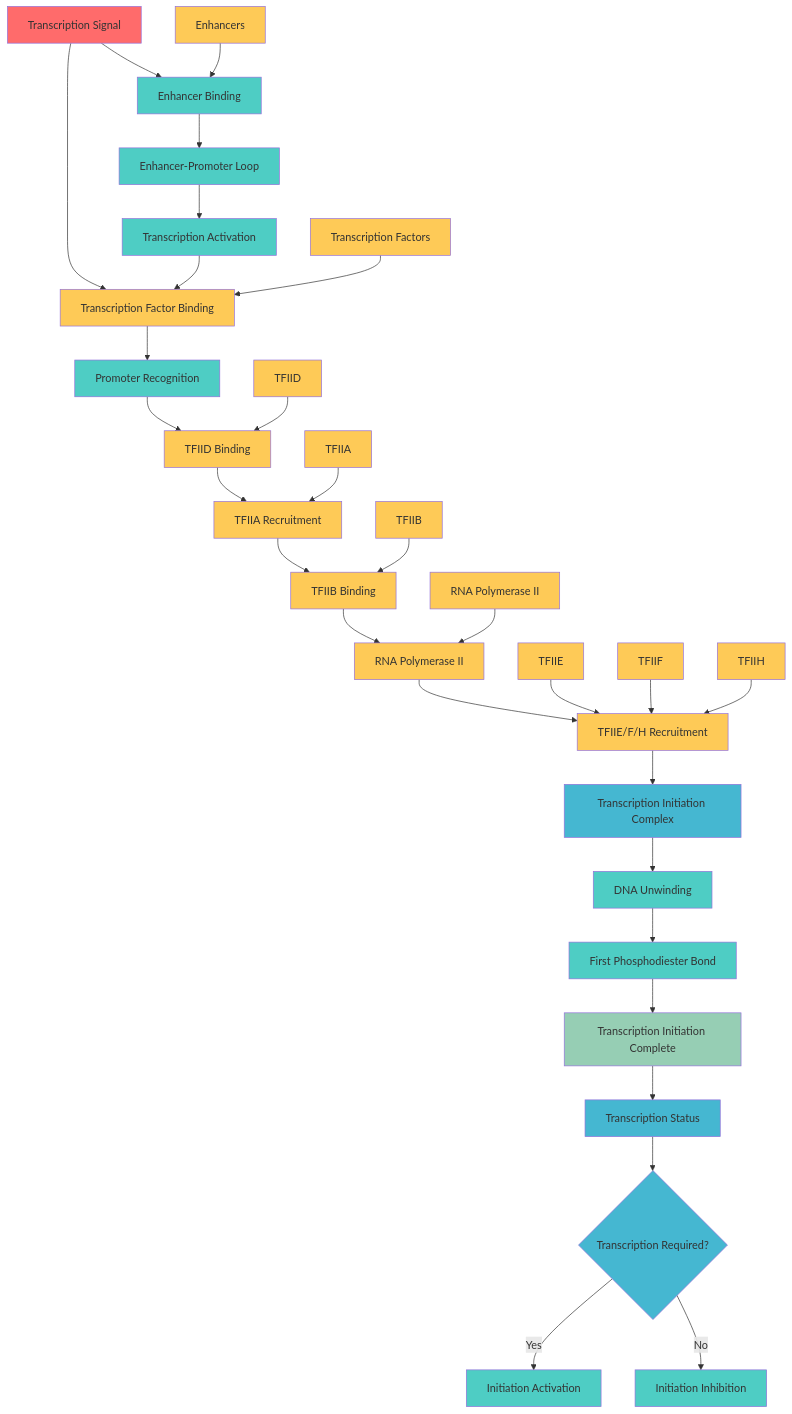
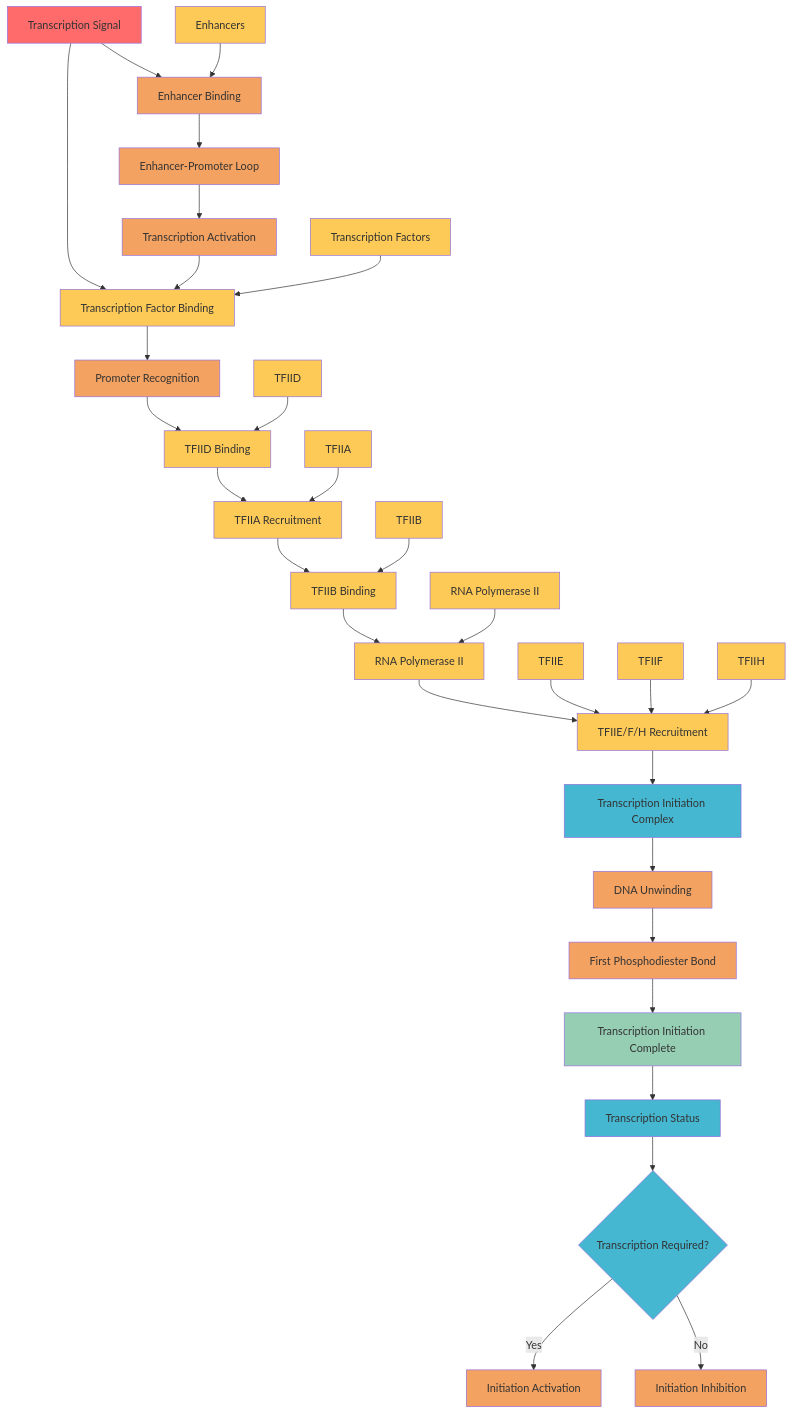
One commit to garywelz/glmp changed the diagram in docs/paper/community/contributions/new_charts/batch8_03_transcription_initiation.mmd. Above: the diagram before and after it, drawn with Mermaid. The commit also changed 252 other files, not shown here.

Commit message:
Palette migration: replace teal with orange for catalysts across Mermaid HTML/MMD; update legends, strokes, and narrative text; unify emojis and theme variables

```diff
--- a/docs/paper/community/contributions/new_charts/batch8_03_transcription_initiation.mmd
+++ b/docs/paper/community/contributions/new_charts/batch8_03_transcription_initiation.mmd
@@ -1,65 +1,65 @@
 graph TD
     A[Transcription Signal] --> B[Transcription Factor Binding]
     B --> C[Promoter Recognition]
     C --> D[TFIID Binding]
     D --> E[TFIIA Recruitment]
     E --> F[TFIIB Binding]
     F --> G[RNA Polymerase II]
     G --> H[TFIIE/F/H Recruitment]
     H --> I[Transcription Initiation Complex]
     I --> J[DNA Unwinding]
     J --> K[First Phosphodiester Bond]
     K --> L[Transcription Initiation Complete]
     
     %% Alternative pathway
     A --> M[Enhancer Binding]
     M --> N[Enhancer-Promoter Loop]
     N --> O[Transcription Activation]
     O --> B
     
     %% Regulation
     L --> P[Transcription Status]
     P --> Q{Transcription Required?}
     Q -->|Yes| R[Initiation Activation]
     Q -->|No| S[Initiation Inhibition]
     
     %% Key proteins
     T[Transcription Factors] --> B
     U[TFIID] --> D
     V[TFIIA] --> E
     W[TFIIB] --> F
     X[RNA Polymerase II] --> G
     Y[TFIIE] --> H
     Z[TFIIF] --> H
     AA[TFIIH] --> H
     BB[Enhancers] --> M
     
     %% Styling
     style A fill:#ff6b6b
     style B fill:#feca57
-    style C fill:#4ecdc4
+    style C fill:#f4a261
     style D fill:#feca57
     style E fill:#feca57
     style F fill:#feca57
     style G fill:#feca57
     style H fill:#feca57
     style I fill:#45b7d1
-    style J fill:#4ecdc4
-    style K fill:#4ecdc4
+    style J fill:#f4a261
+    style K fill:#f4a261
     style L fill:#96ceb4
-    style M fill:#4ecdc4
-    style N fill:#4ecdc4
-    style O fill:#4ecdc4
+    style M fill:#f4a261
+    style N fill:#f4a261
+    style O fill:#f4a261
     style P fill:#45b7d1
     style Q fill:#45b7d1
-    style R fill:#4ecdc4
-    style S fill:#4ecdc4
+    style R fill:#f4a261
+    style S fill:#f4a261
     style T fill:#feca57
     style U fill:#feca57
     style V fill:#feca57
     style W fill:#feca57
     style X fill:#feca57
     style Y fill:#feca57
     style Z fill:#feca57
     style AA fill:#feca57
     style BB fill:#feca57
```
